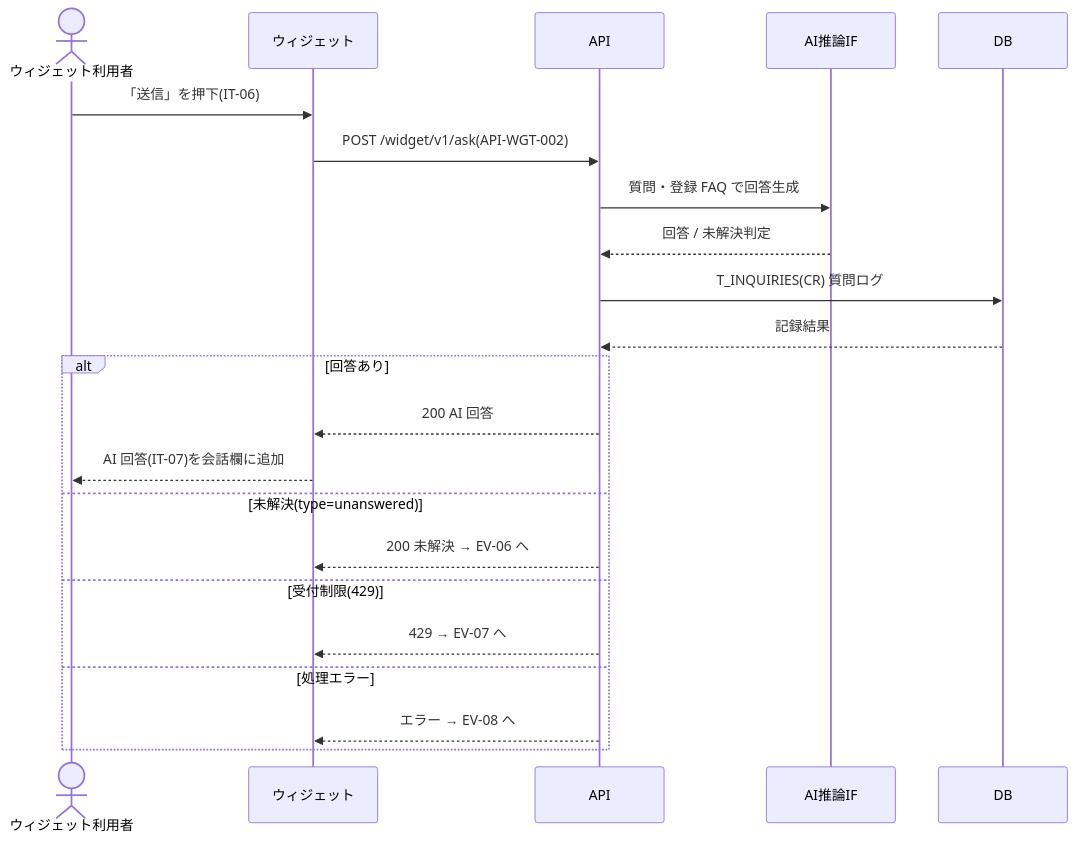
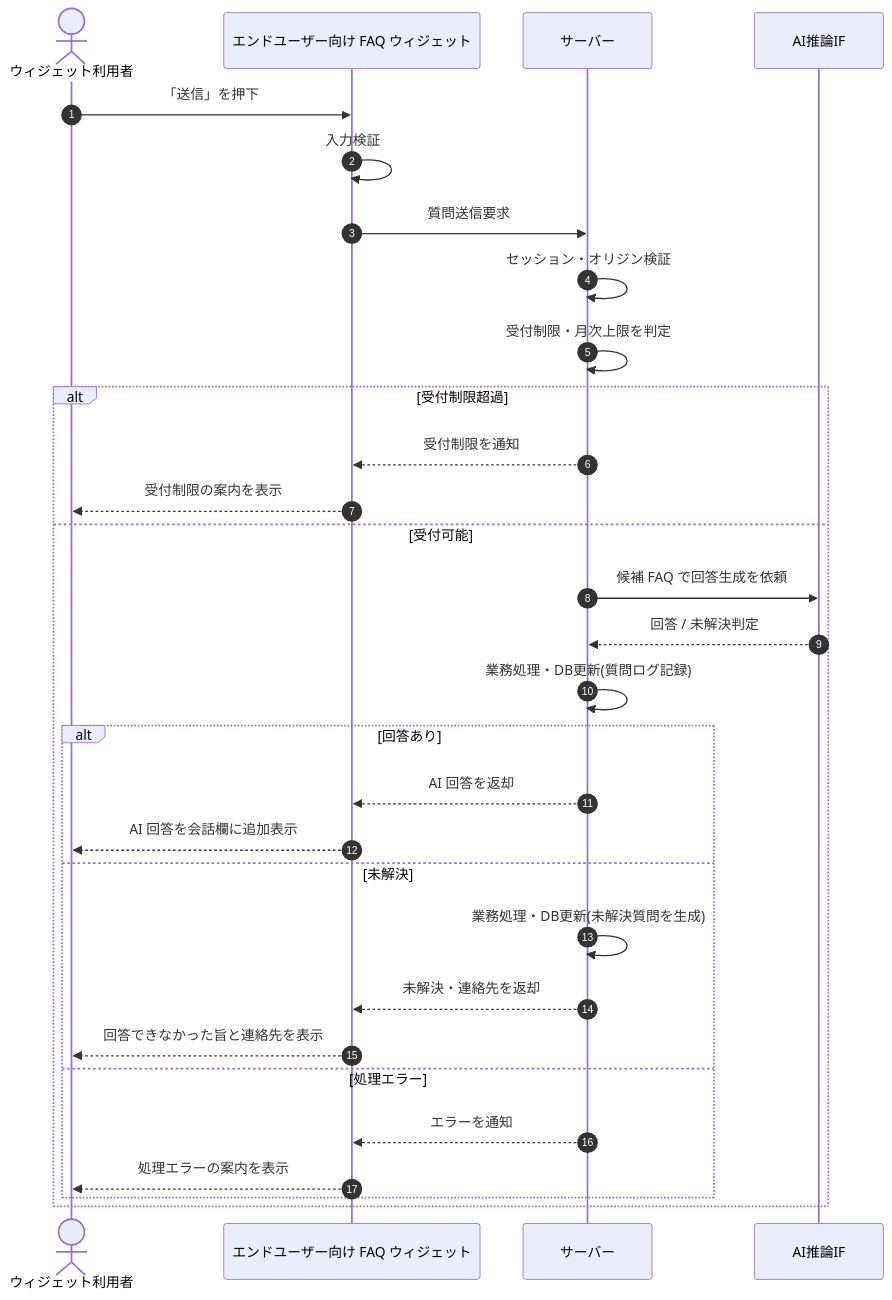
The diagram in 02_basic_design/05_sequences/SEQ-088.md (sikakou54/open-faq), drawn with Mermaid before and after one commit. The commit also changed other lines of this file and 108 other files, not shown here.

First line of the commit message:
基本設計: シーケンス図を基本設計粒度(ユーザー/画面/サーバー)へ再編成

````diff
--- a/02_basic_design/05_sequences/SEQ-088.md
+++ b/02_basic_design/05_sequences/SEQ-088.md
@@ -25,24 +32,32 @@
 ```mermaid
 sequenceDiagram
+  autonumber
   actor U as ウィジェット利用者
-  participant W as ウィジェット
-  participant API as API
+  participant Screen as エンドユーザー向け FAQ ウィジェット
+  participant Server as サーバー
   participant AI as AI推論IF
-  participant DB as DB
-  U->>W: 「送信」を押下(IT-06)
-  W->>API: POST /widget/v1/ask(API-WGT-002)
-  API->>AI: 質問・登録 FAQ で回答生成
-  AI-->>API: 回答 / 未解決判定
-  API->>DB: T_INQUIRIES(CR) 質問ログ
-  DB-->>API: 記録結果
-  alt 回答あり
-    API-->>W: 200 AI 回答
-    W-->>U: AI 回答(IT-07)を会話欄に追加
-  else 未解決(type=unanswered)
-    API-->>W: 200 未解決 → EV-06 へ
-  else 受付制限(429)
-    API-->>W: 429 → EV-07 へ
-  else 処理エラー
-    API-->>W: エラー → EV-08 へ
+  U->>Screen: 「送信」を押下
+  Screen->>Screen: 入力検証
+  Screen->>Server: 質問送信要求
+  Server->>Server: セッション・オリジン検証
+  Server->>Server: 受付制限・月次上限を判定
+  alt 受付制限超過
+    Server-->>Screen: 受付制限を通知
+    Screen-->>U: 受付制限の案内を表示
+  else 受付可能
+    Server->>AI: 候補 FAQ で回答生成を依頼
+    AI-->>Server: 回答 / 未解決判定
+    Server->>Server: 業務処理・DB更新(質問ログ記録)
+    alt 回答あり
+      Server-->>Screen: AI 回答を返却
+      Screen-->>U: AI 回答を会話欄に追加表示
+    else 未解決
+      Server->>Server: 業務処理・DB更新(未解決質問を生成)
+      Server-->>Screen: 未解決・連絡先を返却
+      Screen-->>U: 回答できなかった旨と連絡先を表示
+    else 処理エラー
+      Server-->>Screen: エラーを通知
+      Screen-->>U: 処理エラーの案内を表示
+    end
   end
 ```
````
